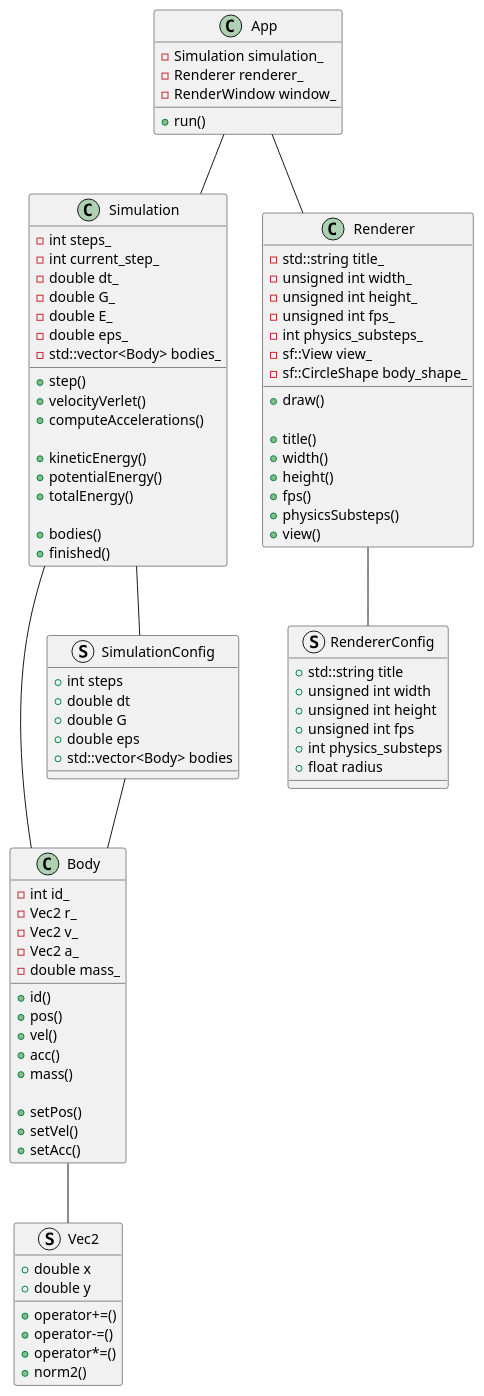
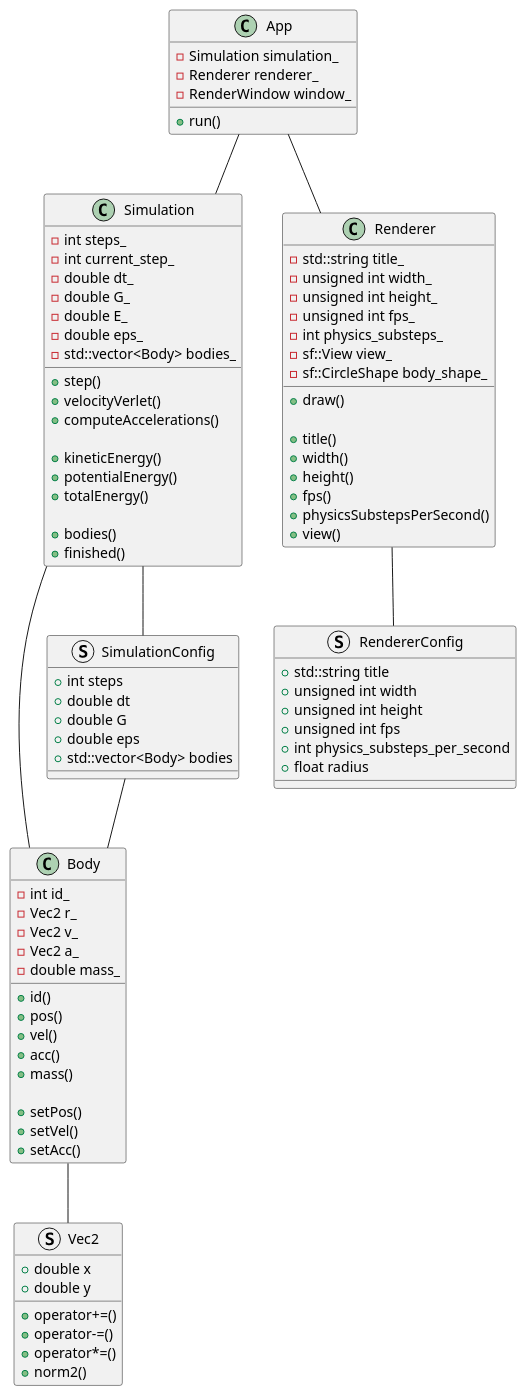
The diagram in project_map.puml (lou720/progetto_programmazione), drawn with PlantUML before and after one commit. The commit also changed 14 other files, not shown here.

Commit message:
mod physics_substeps to physicis_substeps_per_second

```diff
--- a/project_map.puml
+++ b/project_map.puml
@@ -1,123 +1,123 @@
 @startuml
 
 ' =========================
 ' CORE APPLICATION
 ' =========================
 
 class App {
   - Simulation simulation_
   - Renderer renderer_
   - RenderWindow window_
 
   + run()
 }
 
 ' =========================
 ' SIMULATION (PHYSICS)
 ' =========================
 
 class Simulation {
   - int steps_
   - int current_step_
   - double dt_
   - double G_
   - double E_
   - double eps_
   - std::vector<Body> bodies_
 
   + step()
   + velocityVerlet()
   + computeAccelerations()
 
   + kineticEnergy()
   + potentialEnergy()
   + totalEnergy()
 
   + bodies()
   + finished()
 }
 
 class Body {
   - int id_
   - Vec2 r_
   - Vec2 v_
   - Vec2 a_
   - double mass_
 
   + id()
   + pos()
   + vel()
   + acc()
   + mass()
 
   + setPos()
   + setVel()
   + setAcc()
 }
 
 struct Vec2 {
   + double x
   + double y
 
   + operator+=()
   + operator-=()
   + operator*=()
   + norm2()
 }
 
 struct SimulationConfig {
   + int steps
   + double dt
   + double G
   + double eps
   + std::vector<Body> bodies
 }
 
 ' =========================
 ' RENDERING
 ' =========================
 
 class Renderer {
   - std::string title_
   - unsigned int width_
   - unsigned int height_
   - unsigned int fps_
   - int physics_substeps_
   - sf::View view_
   - sf::CircleShape body_shape_
 
   + draw()
 
   + title()
   + width()
   + height()
   + fps()
-  + physicsSubsteps()
+  + physicsSubstepsPerSecond()
   + view()
 }
 
 struct RendererConfig {
   + std::string title
   + unsigned int width
   + unsigned int height
   + unsigned int fps
-  + int physics_substeps
+  + int physics_substeps_per_second
   + float radius
 }
 
 ' =========================
 ' RELATIONSHIPS
 ' =========================
 
 App -- Simulation
 App -- Renderer
 
 Simulation -- SimulationConfig
 Simulation -- Body
 
 Renderer -- RendererConfig
 
 SimulationConfig -- Body
 Body -- Vec2
 
 @enduml
```
